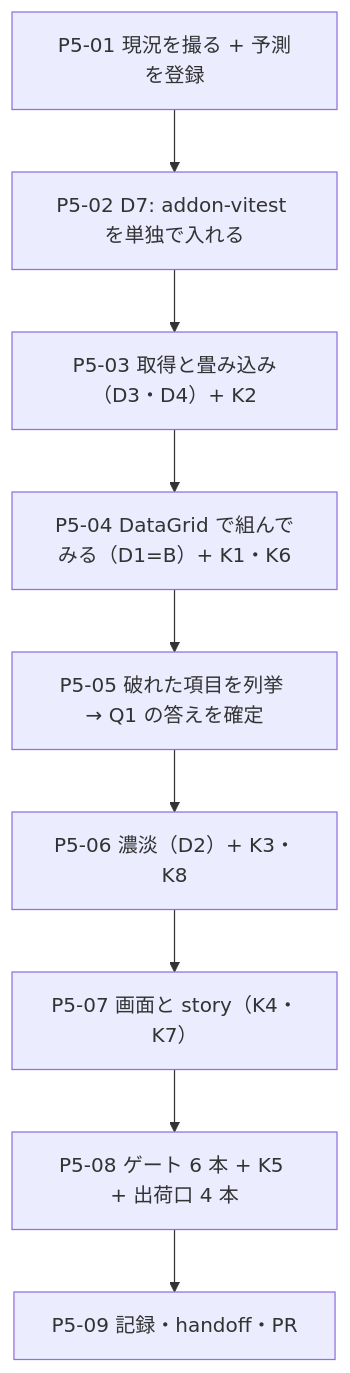
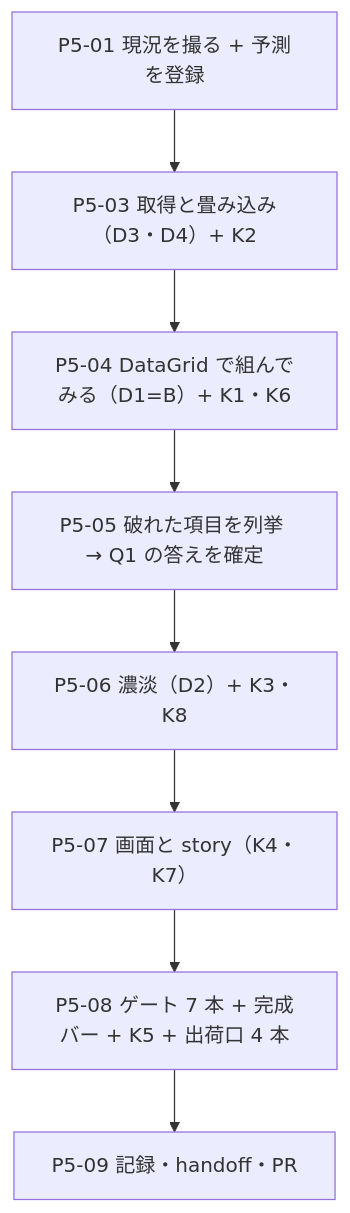
One commit to yatami0/design changed the diagram in docs/手順/工程5_稼働表_ピボット.md. Above: the diagram before and after it, drawn with Mermaid. The commit also changed other lines of this file and 17 other files, not shown here.

````diff
--- a/docs/手順/工程5_稼働表_ピボット.md
+++ b/docs/手順/工程5_稼働表_ピボット.md
@@ -134,11 +170,10 @@
 ```mermaid
 flowchart TD
-  A["P5-01 現況を撮る + 予測を登録"] --> B["P5-02 D7: addon-vitest を単独で入れる"]
-  B --> C["P5-03 取得と畳み込み（D3・D4）+ K2"]
+  A["P5-01 現況を撮る + 予測を登録"] --> C["P5-03 取得と畳み込み（D3・D4）+ K2"]
   C --> D["P5-04 DataGrid で組んでみる（D1=B）+ K1・K6"]
   D --> E["P5-05 破れた項目を列挙 → Q1 の答えを確定"]
   E --> F["P5-06 濃淡（D2）+ K3・K8"]
   F --> G["P5-07 画面と story（K4・K7）"]
-  G --> H["P5-08 ゲート 6 本 + K5 + 出荷口 4 本"]
+  G --> H["P5-08 ゲート 7 本 + 完成バー + K5 + 出荷口 4 本"]
   H --> I["P5-09 記録・handoff・PR"]
 ```
````
